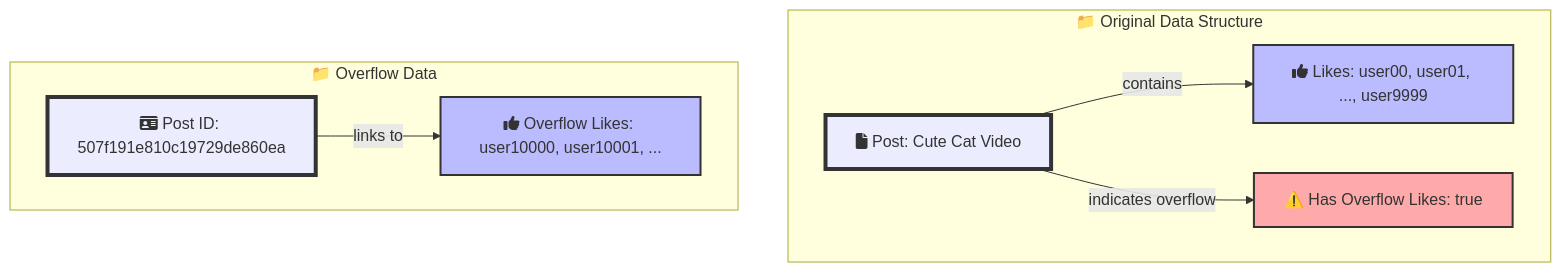
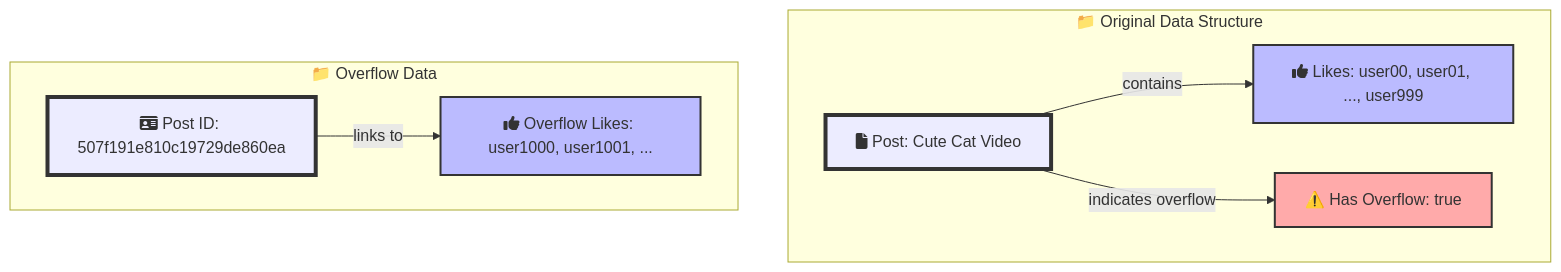
One commit to kelvin-bz/blog changed the second of 3 diagrams in _posts/2024-07-25-outlier-pattern.md. Above: the diagram before and after it, drawn with Mermaid. The commit also changed other lines of this file and 4 other files, not shown here.

````diff
--- a/_posts/2024-07-25-outlier-pattern.md
+++ b/_posts/2024-07-25-outlier-pattern.md
@@ -46,22 +45,21 @@
 ```mermaid
 graph TD
     subgraph originalData["📁 Original Data Structure"]
         post["fa:fa-file Post: Cute Cat Video"]
-        likes1["fa:fa-thumbs-up Likes: user00, user01, ..., user9999"]
-        hasExtras["⚠️ Has Overflow Likes: true"]
+        likes1["fa:fa-thumbs-up Likes: user00, user01, ..., user999"]
+        hasExtras["⚠️ Has Overflow: true"]
         style post fill:#f9,stroke:#333,stroke-width:4px
         style likes1 fill:#bbf,stroke:#333,stroke-width:2px
         style hasExtras fill:#faa,stroke:#333,stroke-width:2px
     end
     post --> |contains|likes1
     post --> |indicates overflow|hasExtras
 
     subgraph overflowData["📁 Overflow Data"]
         postID["fa:fa-id-card Post ID: 507f191e810c19729de860ea"]
-        likes2["fa:fa-thumbs-up Overflow Likes: user10000, user10001, ..."]
+        likes2["fa:fa-thumbs-up Overflow Likes: user1000, user1001, ..."]
         style postID fill:#f9,stroke:#333,stroke-width:4px
         style likes2 fill:#bbf,stroke:#333,stroke-width:2px
     end
     postID --> |links to|likes2
-
 ```
````
